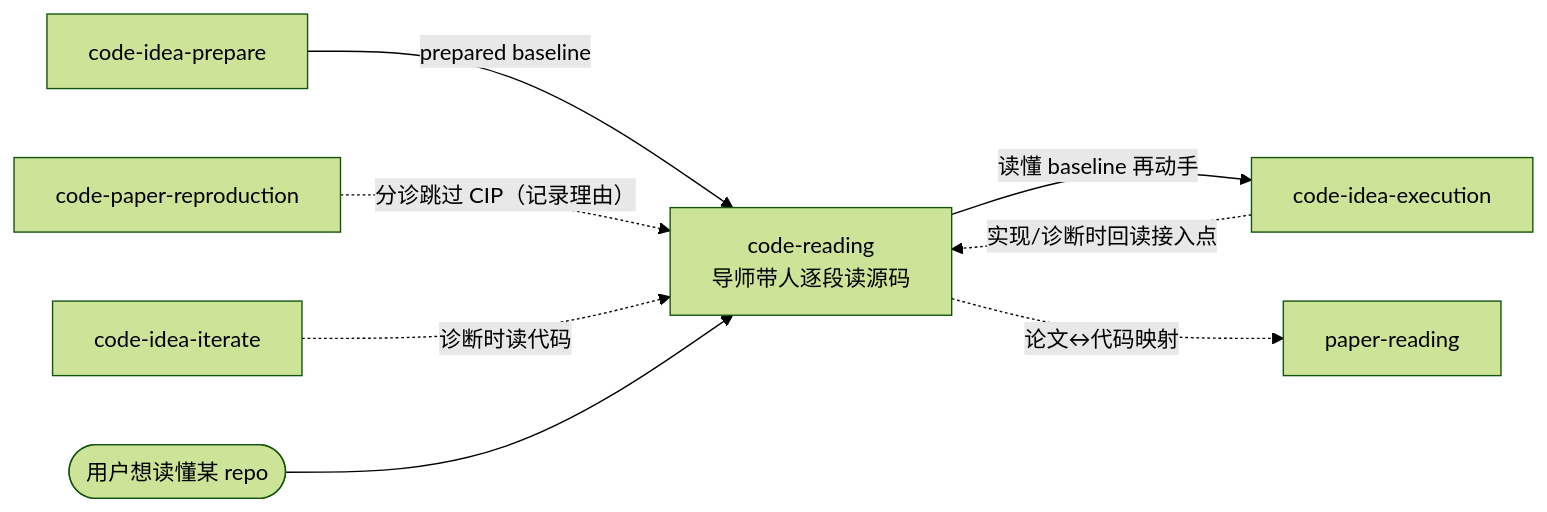
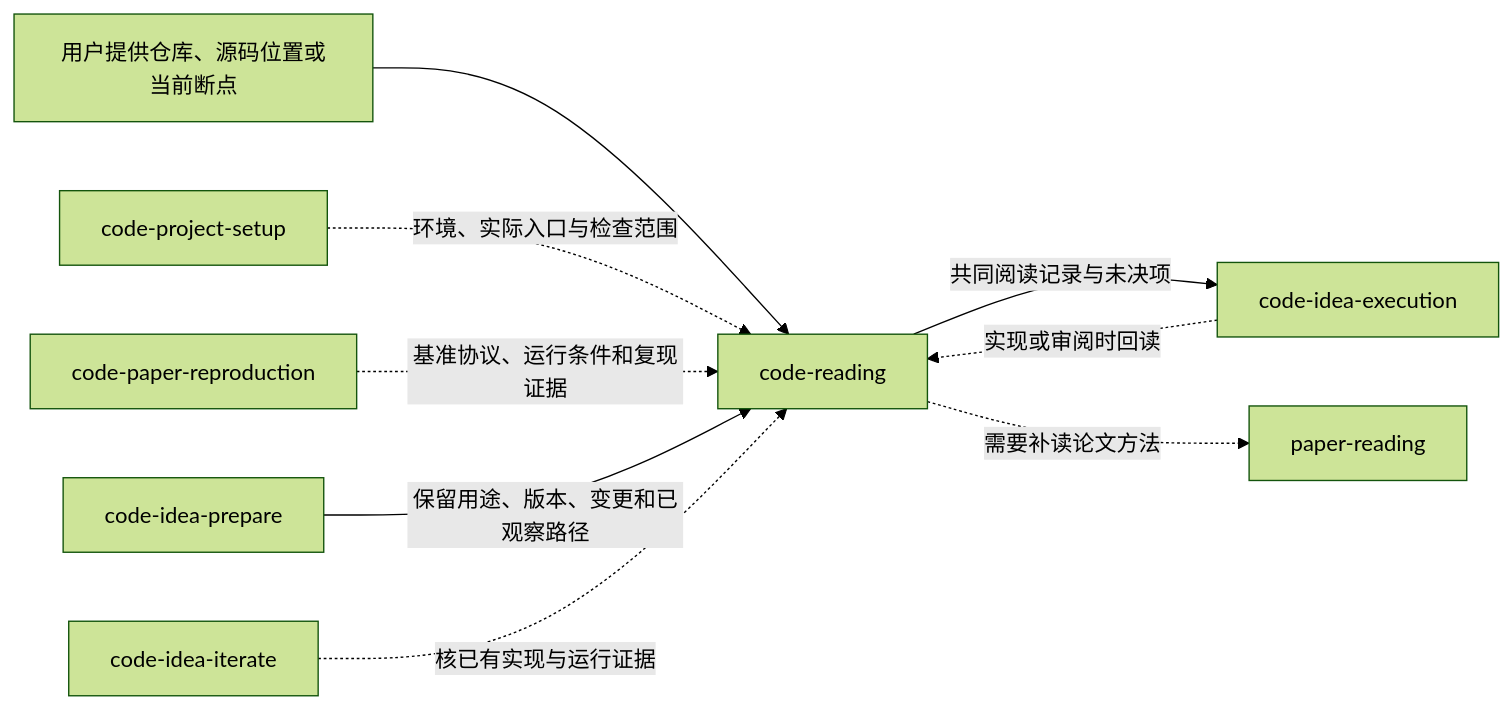
One commit to jackwang0108/dl-assistant changed the first of 2 diagrams in plugins/dl-assistant/skills/code-reading/SKILL.md. Above: the diagram before and after it, drawn with Mermaid (forest theme). The commit also changed other lines of this file and 4 other files, not shown here.

Commit message:
Rework code reading workflow and evidence guidance

````diff
--- a/plugins/dl-assistant/skills/code-reading/SKILL.md
+++ b/plugins/dl-assistant/skills/code-reading/SKILL.md
@@ -26,11 +14,11 @@
 ```mermaid
 flowchart LR
-    CIP[code-idea-prepare] -->|prepared baseline| CR
-    CPR[code-paper-reproduction] -.->|分诊跳过 CIP（记录理由）| CR
-    CR["code-reading<br/>导师带人逐段读源码"]
-    CR -->|读懂 baseline 再动手| EX[code-idea-execution]
-    EX -.->|实现/诊断时回读接入点| CR
-    IT[code-idea-iterate] -.->|诊断时读代码| CR
-    USER(["用户想读懂某 repo"]) --> CR
-    CR -.->|论文↔代码映射| PR[paper-reading]
+    U["用户提供仓库、源码位置或当前断点"] --> CR["code-reading"]
+    SETUP["code-project-setup"] -.->|"环境、实际入口与检查范围"| CR
+    REPRO["code-paper-reproduction"] -.->|"基准协议、运行条件和复现证据"| CR
+    PREP["code-idea-prepare"] -->|"保留用途、版本、变更和已观察路径"| CR
+    CR -->|"共同阅读记录与未决项"| EX["code-idea-execution"]
+    EX -.->|"实现或审阅时回读"| CR
+    IT["code-idea-iterate"] -.->|"核已有实现与运行证据"| CR
+    CR -.->|"需要补读论文方法"| PR["paper-reading"]
 ```
````
